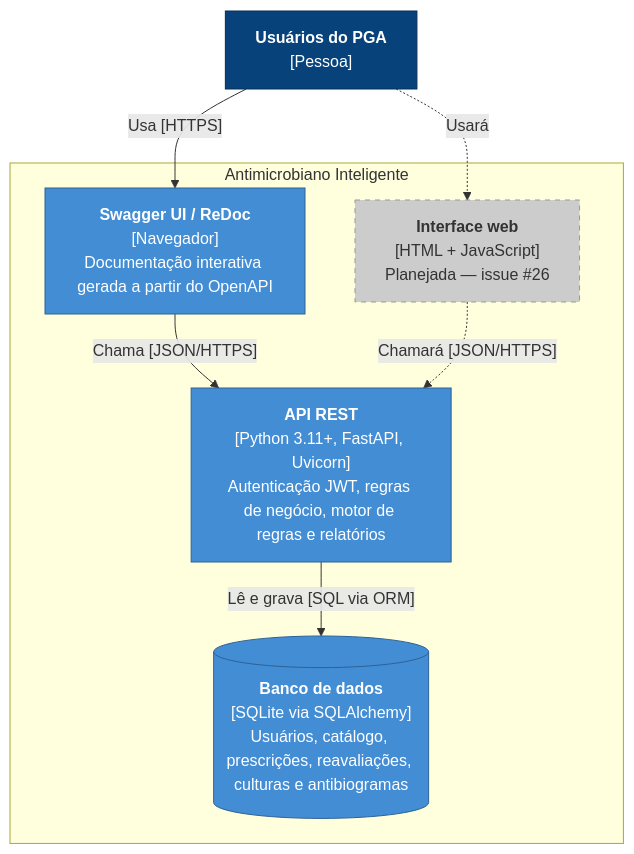
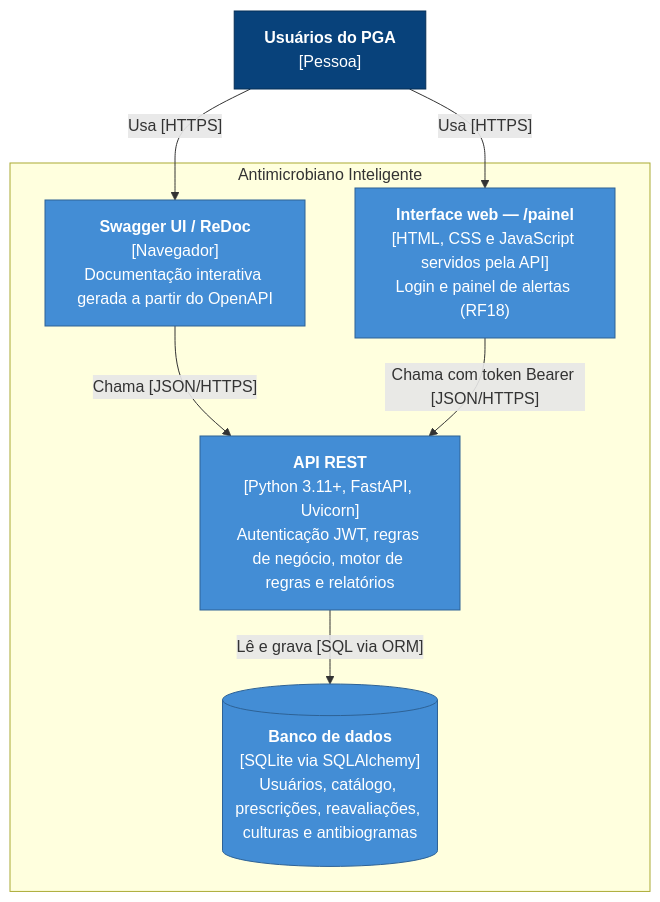
The second of 4 diagrams in docs/arquitetura.md (Antonio-avsp/Projeto_Antimicrobiano_Inteligente), drawn with Mermaid before and after one commit. The commit also changed 4 other files, not shown here.

Commit message:
docs: documentar o painel web, incluir a captura de tela e marcar RF18 como implementado (#26)

````diff
--- a/docs/arquitetura.md
+++ b/docs/arquitetura.md
@@ -34,26 +34,24 @@
 ```mermaid
 flowchart TB
     usuario["<b>Usuários do PGA</b><br/>[Pessoa]"]
 
     subgraph fronteira["Antimicrobiano Inteligente"]
         swagger["<b>Swagger UI / ReDoc</b><br/>[Navegador]<br/>Documentação interativa gerada a partir do OpenAPI"]
         api["<b>API REST</b><br/>[Python 3.11+, FastAPI, Uvicorn]<br/>Autenticação JWT, regras de negócio, motor de regras e relatórios"]
         db[("<b>Banco de dados</b><br/>[SQLite via SQLAlchemy]<br/>Usuários, catálogo, prescrições, reavaliações, culturas e antibiogramas")]
-        web["<b>Interface web</b><br/>[HTML + JavaScript]<br/>Planejada — issue #26"]
+        web["<b>Interface web — /painel</b><br/>[HTML, CSS e JavaScript servidos pela API]<br/>Login e painel de alertas (RF18)"]
     end
 
     usuario -- "Usa [HTTPS]" --> swagger
-    usuario -. "Usará" .-> web
+    usuario -- "Usa [HTTPS]" --> web
     swagger -- "Chama [JSON/HTTPS]" --> api
-    web -. "Chamará [JSON/HTTPS]" .-> api
+    web -- "Chama com token Bearer [JSON/HTTPS]" --> api
     api -- "Lê e grava [SQL via ORM]" --> db
 
     classDef pessoa fill:#08427b,stroke:#052e56,color:#fff
     classDef container fill:#438dd5,stroke:#2e6295,color:#fff
     classDef banco fill:#438dd5,stroke:#2e6295,color:#fff
-    classDef futuro fill:#cccccc,stroke:#999999,color:#333,stroke-dasharray: 5 5
     class usuario pessoa
-    class swagger,api container
+    class swagger,api,web container
     class db banco
-    class web futuro
 ```
````
